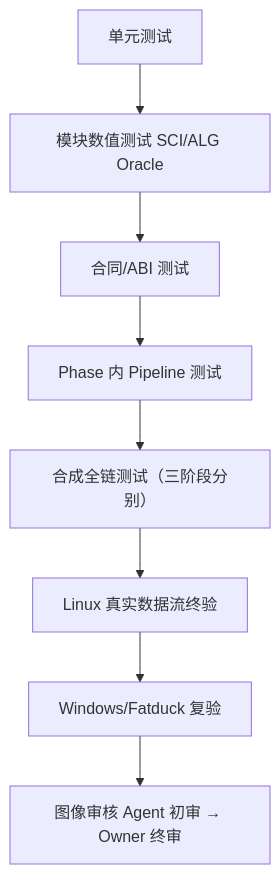
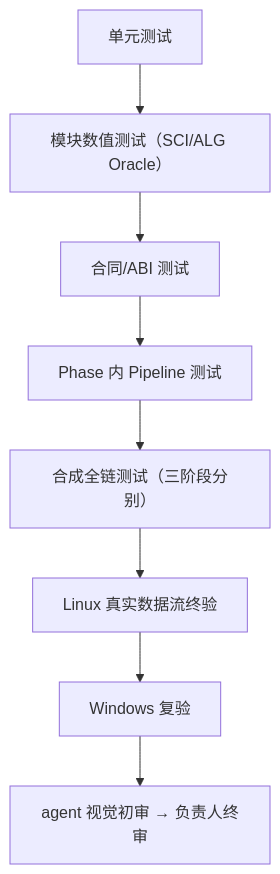
Diagram 11 of 11 in ASTROCS_DESIGN.md (fujiaze/Astro-CS-Database), drawn with Mermaid before and after one commit. The commit also changed other lines of this file and 4 other files, not shown here.

````diff
--- a/ASTROCS_DESIGN.md
+++ b/ASTROCS_DESIGN.md
@@ -1106,10 +585,10 @@
 ```mermaid
 flowchart TD
-    U["单元测试"] --> M["模块数值测试 SCI/ALG Oracle"]
+    U["单元测试"] --> M["模块数值测试（SCI/ALG Oracle）"]
     M --> C["合同/ABI 测试"]
     C --> P["Phase 内 Pipeline 测试"]
     P --> S["合成全链测试（三阶段分别）"]
     S --> R["Linux 真实数据流终验"]
-    R --> F["Windows/Fatduck 复验"]
-    F --> I["图像审核 Agent 初审 → Owner 终审"]
+    R --> F["Windows 复验"]
+    F --> I["agent 视觉初审 → 负责人终审"]
 ```
````
